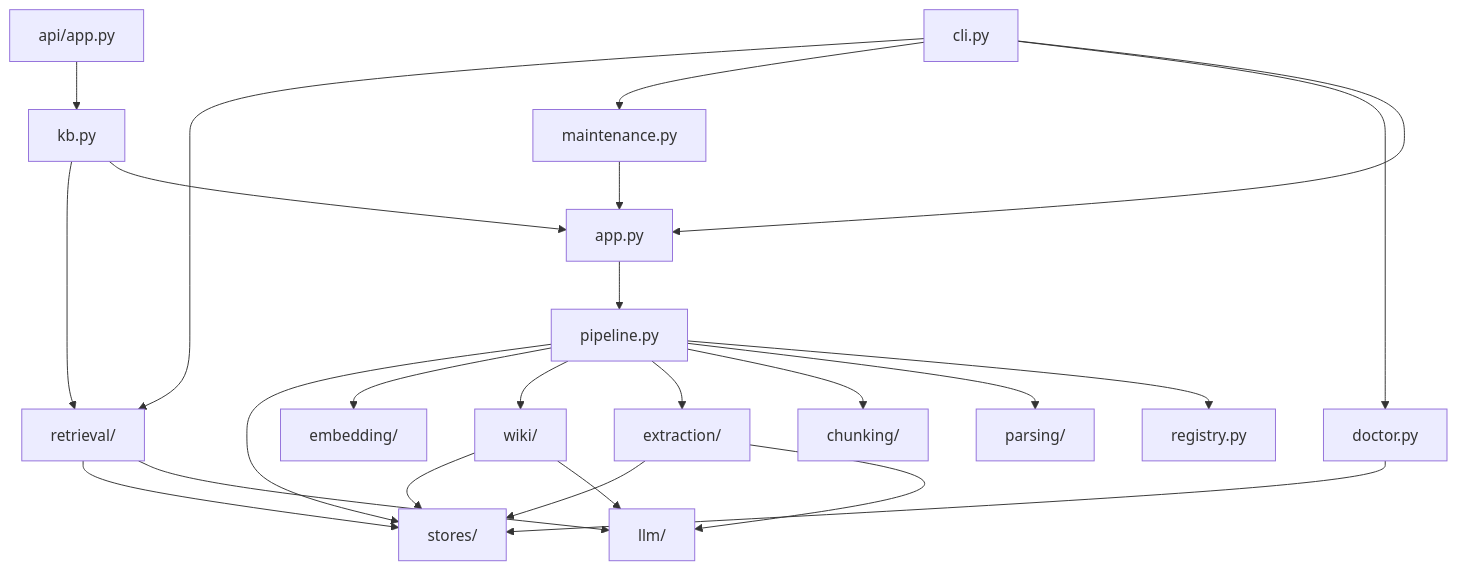
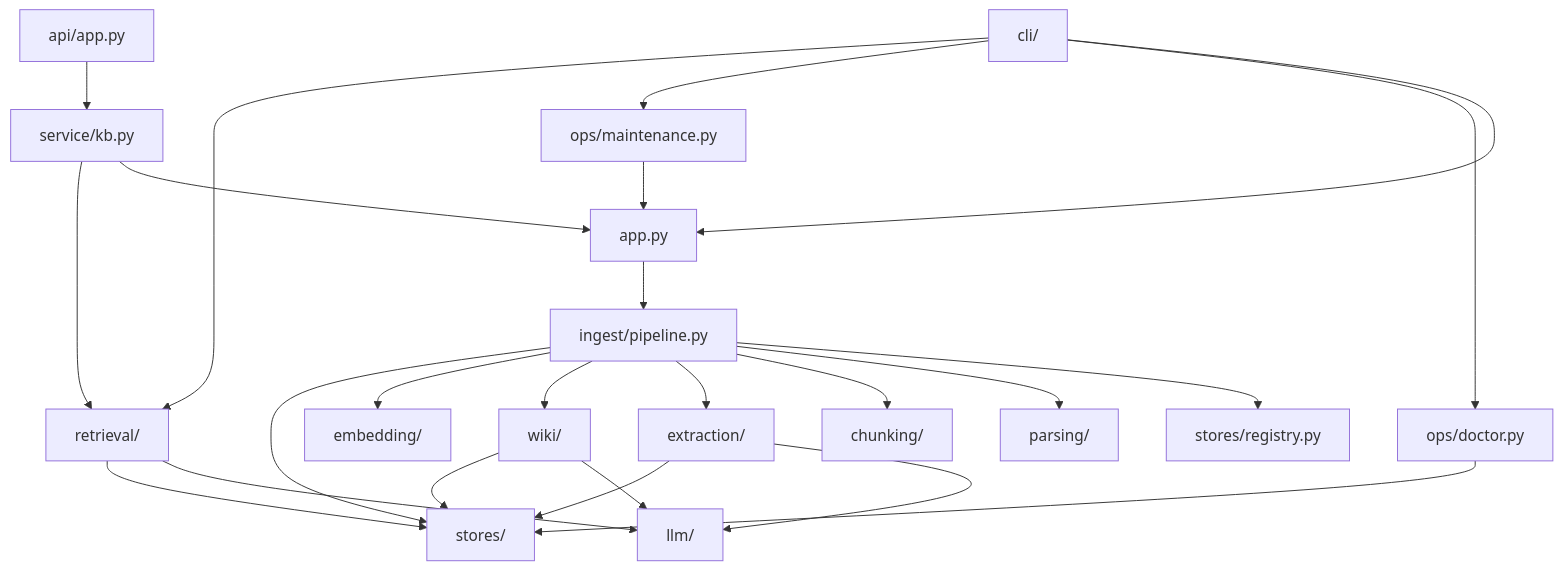
One commit to 000p1umDiesel/Atlas changed the tenth of 13 diagrams in README.md. Above: the diagram before and after it, drawn with Mermaid. The commit also changed other lines of this file and 1 other file, not shown here.

````diff
--- a/README.md
+++ b/README.md
@@ -1610,26 +1601,26 @@
 ```mermaid
 flowchart TD
-    CLI["cli.py"] --> APP["app.py"]
-    API["api/app.py"] --> KB["kb.py"]
+    CLI["cli/"] --> APP["app.py"]
+    API["api/app.py"] --> KB["service/kb.py"]
     KB --> APP
     KB --> RET
-    CLI --> DOCTOR["doctor.py"]
-    CLI --> MAINT["maintenance.py"]
+    CLI --> DOCTOR["ops/doctor.py"]
+    CLI --> MAINT["ops/maintenance.py"]
     CLI --> RET["retrieval/"]
     MAINT --> APP
-    APP --> PIPE["pipeline.py"]
-    PIPE --> REG["registry.py"]
+    APP --> PIPE["ingest/pipeline.py"]
+    PIPE --> REG["stores/registry.py"]
     PIPE --> PARSE["parsing/"]
     PIPE --> CHUNK["chunking/"]
     PIPE --> EXT["extraction/"]
     PIPE --> WIKI["wiki/"]
     PIPE --> EMB["embedding/"]
     PIPE --> STORES["stores/"]
     EXT --> LLM["llm/"]
     WIKI --> LLM
     RET --> LLM
     EXT --> STORES
     WIKI --> STORES
     RET --> STORES
     DOCTOR --> STORES
 ```
````
